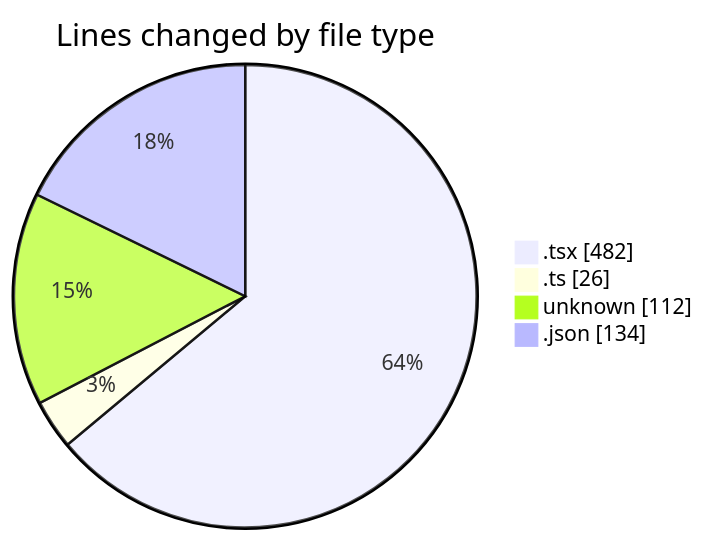
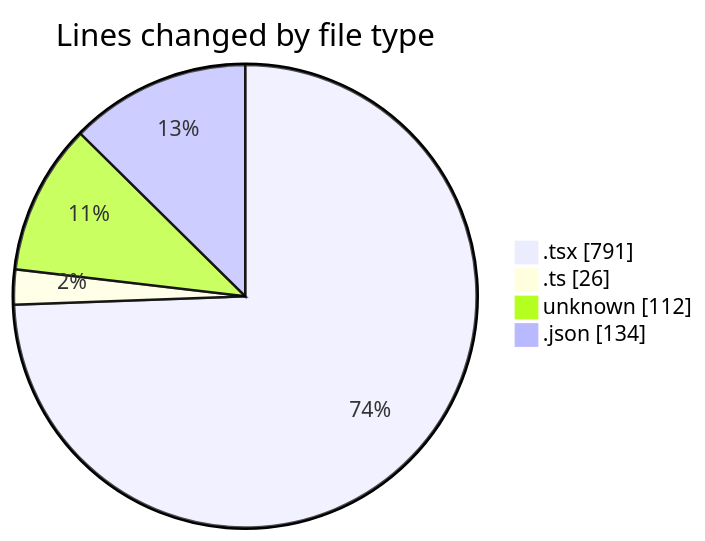
The first of 2 diagrams in 2026-04-28/cda/README.md (momahboobian/code-tracking), drawn with Mermaid before and after one commit. The commit also changed other lines of this file and 1 other file, not shown here.

````diff
--- a/2026-04-28/cda/README.md
+++ b/2026-04-28/cda/README.md
@@ -26,8 +27,8 @@
 ```mermaid
 pie showData
 title Lines changed by file type
-".tsx" : 482
+".tsx" : 791
 ".ts" : 26
 "unknown" : 112
 ".json" : 134
 ```
````
